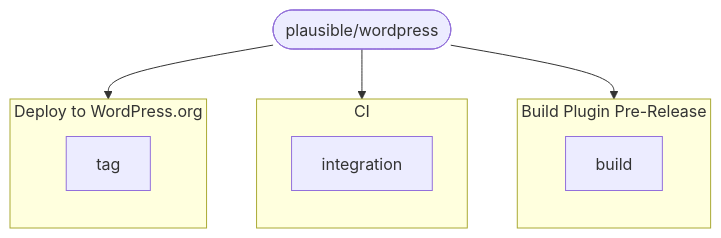
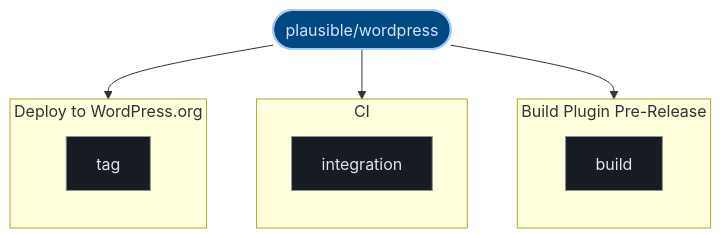
One commit to kumarshaz/atruss-code-atlas changed the third of 3 diagrams in exports/latest/reports/plausible-wordpress-report.md. Above: the diagram before and after it, drawn with Mermaid. The commit also changed other lines of this file and 331 other files, not shown here.

Commit message:
docs,ui,fix: update SDLC docs, reorder CI/CD DAG first, stylize Mermaid, and fix Arc42 pipeline topology

````diff
--- a/exports/latest/reports/plausible-wordpress-report.md
+++ b/exports/latest/reports/plausible-wordpress-report.md
@@ -207,19 +218,26 @@
 ```mermaid
 graph TD;
-  pipeline_root(["plausible/wordpress"])
+  classDef atlasRoot fill:#004882,stroke:#a3c9ff,stroke-width:2px,color:#d3e4ff
+  classDef atlasCategory fill:#212428,stroke:#E87A48,stroke-width:1.5px,color:#dfe3eb
+  classDef atlasWorkflow fill:#1b2026,stroke:#a3c9ff,stroke-width:1.5px,color:#dfe3eb
+  classDef atlasJob fill:#171c22,stroke:#8d9199,stroke-width:1px,color:#dfe3eb
+  classDef atlasTarget fill:#005227,stroke:#8bd99b,stroke-width:1.5px,color:#a7f6b6
+  classDef atlasAlert fill:#93000a,stroke:#ffb4ab,stroke-width:1.5px,color:#ffdad6
+  classDef atlasMore fill:#252a31,stroke:#8d9199,stroke-dasharray:4 4,color:#c3c6cf
+  pipeline_root(["plausible/wordpress"]):::atlasRoot
   subgraph Build_Plugin_Pre_Release_0["Build Plugin Pre-Release"]
     direction TB
-    0_build["build"]
+    0_build["build"]:::atlasJob
   end
   pipeline_root --> 0_build
   subgraph CI_1["CI"]
     direction TB
-    1_integration["integration"]
+    1_integration["integration"]:::atlasJob
   end
   pipeline_root --> 1_integration
   subgraph Deploy_to_WordPress_org_2["Deploy to WordPress.org"]
     direction TB
-    2_tag["tag"]
+    2_tag["tag"]:::atlasJob
   end
   pipeline_root --> 2_tag
 ```
````
